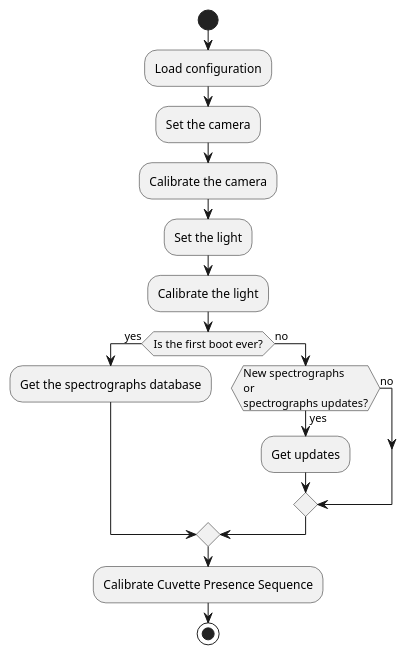
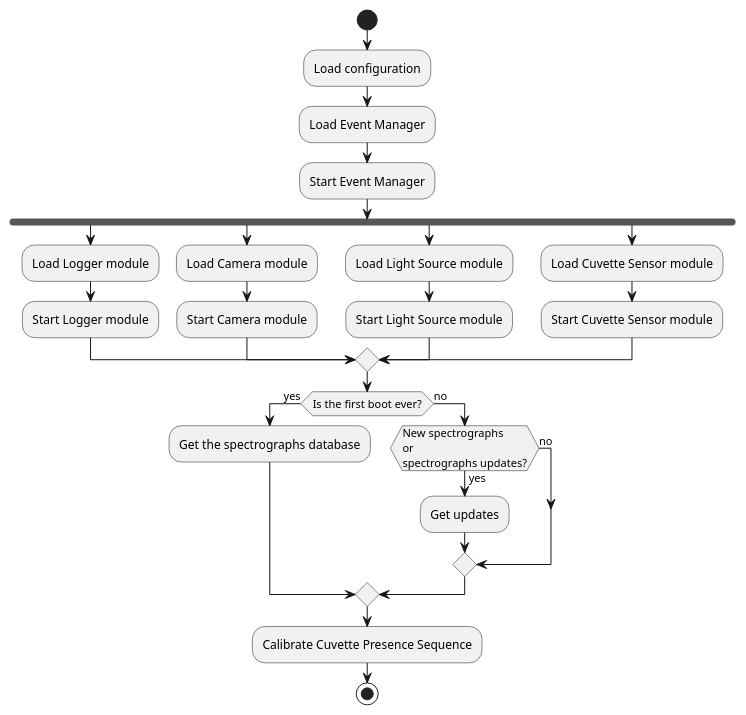
One commit to rantonet/raspiscope-python changed the diagram in diagrams/boot.plantuml. Above: the diagram before and after it, drawn with PlantUML. The commit also changed 4 other files, not shown here.

```diff
--- a/diagrams/boot.plantuml
+++ b/diagrams/boot.plantuml
@@ -1,18 +1,29 @@
 @startuml Boot activity
 start
 :Load configuration;
-:Set the camera;
-:Calibrate the camera;
-:Set the light;
-:Calibrate the light;
+:Load Event Manager;
+:Start Event Manager;
+fork
+    :Load Logger module;
+    :Start Logger module;
+fork again
+    :Load Camera module;
+    :Start Camera module;
+fork again
+    :Load Light Source module;
+    :Start Light Source module;
+fork again
+    :Load Cuvette Sensor module;
+    :Start Cuvette Sensor module;
+end merge
 if (Is the first boot ever?) then (yes)
     :Get the spectrographs database;
 else (no)
     if (New spectrographs\nor\nspectrographs updates?) then (yes)
         :Get updates;
     else (no)
     endif
 endif
 :Calibrate Cuvette Presence Sequence;
 stop
 @enduml
```
